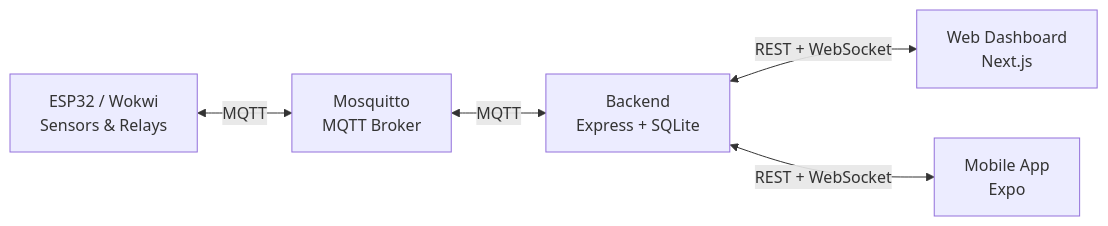
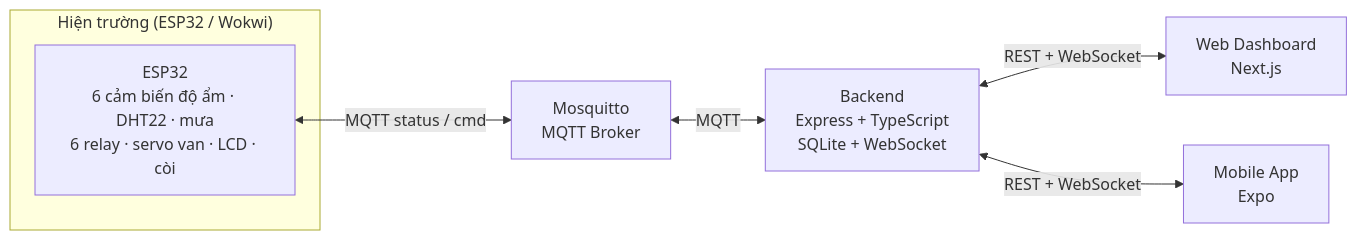
One commit to trieuhoang1212/Smart-Irrigation-System-IoT changed the diagram in README.md. Above: the diagram before and after it, drawn with Mermaid. The commit also changed other lines of this file, not shown here.

````diff
--- a/README.md
+++ b/README.md
@@ -43,13 +45,15 @@
 ```mermaid
 flowchart LR
-    ESP32["ESP32 / Wokwi<br/>Sensors & Relays"]
+    subgraph Field["Hiện trường (ESP32 / Wokwi)"]
+        ESP["ESP32<br/>6 cảm biến độ ẩm · DHT22 · mưa<br/>6 relay · servo van · LCD · còi"]
+    end
     MQTT["Mosquitto<br/>MQTT Broker"]
-    API["Backend<br/>Express + SQLite"]
+    API["Backend<br/>Express + TypeScript<br/>SQLite + WebSocket"]
     WEB["Web Dashboard<br/>Next.js"]
     MOBILE["Mobile App<br/>Expo"]
 
-    ESP32 <-->|MQTT| MQTT
-    MQTT <-->|MQTT| API
-    API <-->|REST + WebSocket| WEB
-    API <-->|REST + WebSocket| MOBILE
+    ESP <-->|"MQTT status / cmd"| MQTT
+    MQTT <-->|"MQTT"| API
+    API <-->|"REST + WebSocket"| WEB
+    API <-->|"REST + WebSocket"| MOBILE
 ```
````
